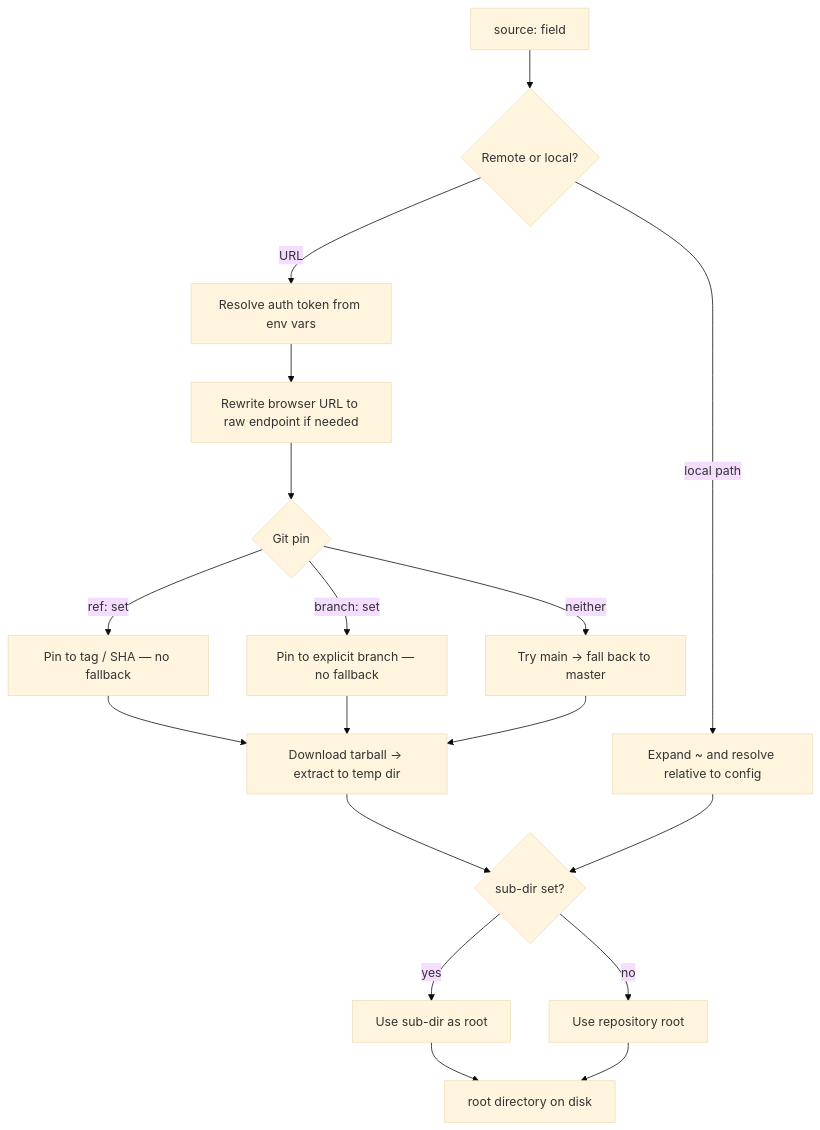
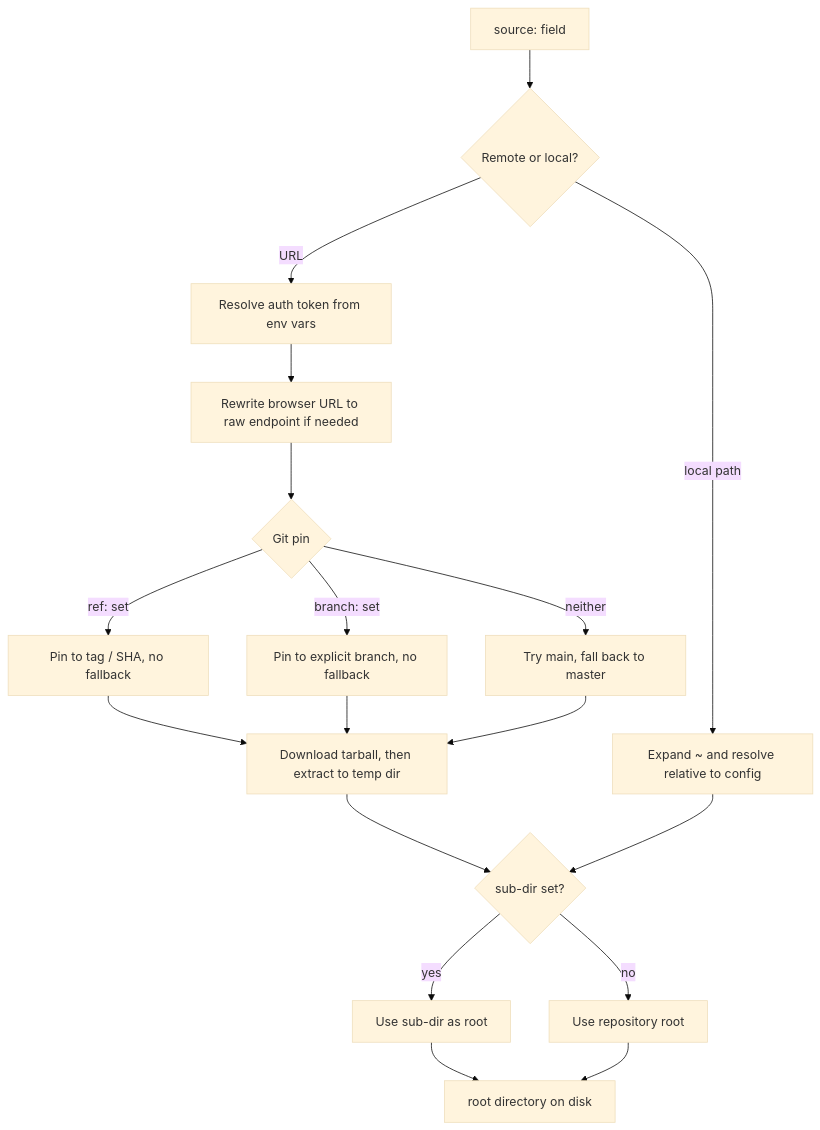
The second of 10 diagrams in site/content/docs/sync-flow.mdx (pivoshenko/kasetto), drawn with Mermaid (base theme) before and after one commit. The commit also changed other lines of this file and 23 other files, not shown here.

````diff
--- a/site/content/docs/sync-flow.mdx
+++ b/site/content/docs/sync-flow.mdx
@@ -42,23 +42,23 @@
 ```mermaid
 flowchart TD
     A[source: field] --> B{Remote or local?}
 
     B -->|URL| C[Resolve auth token from env vars]
     C --> D[Rewrite browser URL to raw endpoint if needed]
     D --> E{Git pin}
-    E -->|ref: set| F[Pin to tag / SHA — no fallback]
-    E -->|branch: set| G[Pin to explicit branch — no fallback]
-    E -->|neither| H[Try main → fall back to master]
-    F --> I[Download tarball → extract to temp dir]
+    E -->|ref: set| F[Pin to tag / SHA, no fallback]
+    E -->|branch: set| G[Pin to explicit branch, no fallback]
+    E -->|neither| H[Try main, fall back to master]
+    F --> I[Download tarball, then extract to temp dir]
     G --> I
     H --> I
     I --> J{sub-dir set?}
     J -->|yes| K[Use sub-dir as root]
     J -->|no| L[Use repository root]
 
     B -->|local path| M[Expand ~ and resolve relative to config]
     M --> J
 
     K --> N[root directory on disk]
     L --> N
 ```
````
